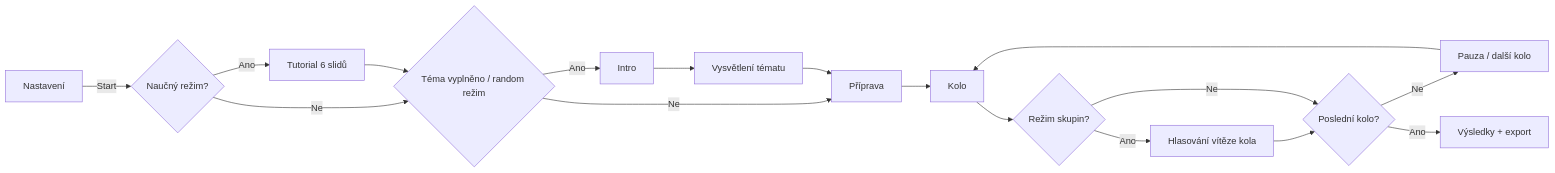
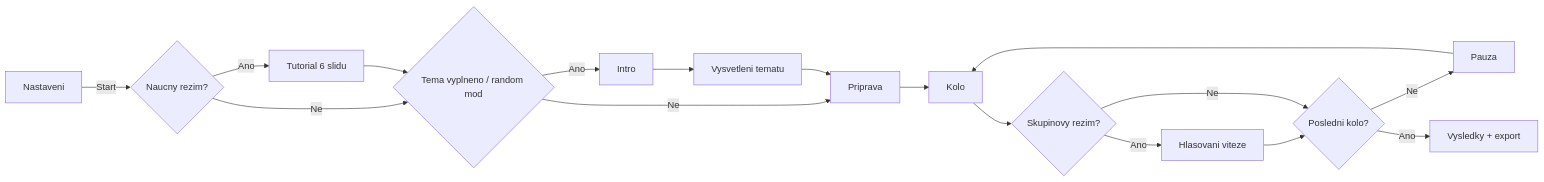
The diagram in README.md (Esperosa/debatni-casovac), drawn with Mermaid before and after one commit. The commit also changed other lines of this file and 3 other files, not shown here.

````diff
--- a/README.md
+++ b/README.md
@@ -24,19 +25,19 @@
 ```mermaid
 flowchart LR
-	A[Nastavení] -->|Start| B{Naučný režim?}
-	B -->|Ano| C[Tutorial 6 slidů]
-	B -->|Ne| D{Téma vyplněno / random režim}
-	C --> D
-	D -->|Ano| E[Intro]
-	D -->|Ne| G[Příprava]
-	E --> F[Vysvětlení tématu]
-	F --> G
-	G --> H[Kolo]
-	H --> I{Režim skupin?}
-	I -->|Ano| J[Hlasování vítěze kola]
-	J --> K{Poslední kolo?}
-	I -->|Ne| K
-	K -->|Ne| L[Pauza / další kolo]
-	L --> H
-	K -->|Ano| M[Výsledky + export]
+  A[Nastaveni] -->|Start| B{Naucny rezim?}
+  B -->|Ano| C[Tutorial 6 slidu]
+  B -->|Ne| D{Tema vyplneno / random mod}
+  C --> D
+  D -->|Ano| E[Intro]
+  D -->|Ne| F[Priprava]
+  E --> G[Vysvetleni tematu]
+  G --> F
+  F --> H[Kolo]
+  H --> I{Skupinovy rezim?}
+  I -->|Ano| J[Hlasovani viteze]
+  J --> K{Posledni kolo?}
+  I -->|Ne| K
+  K -->|Ne| L[Pauza]
+  L --> H
+  K -->|Ano| M[Vysledky + export]
 ```
````
